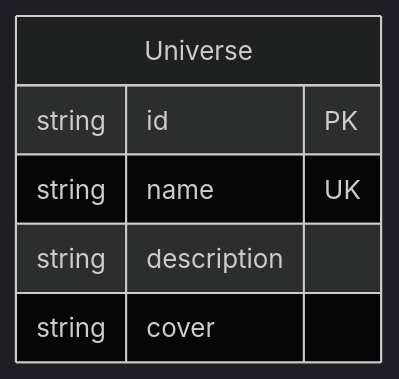
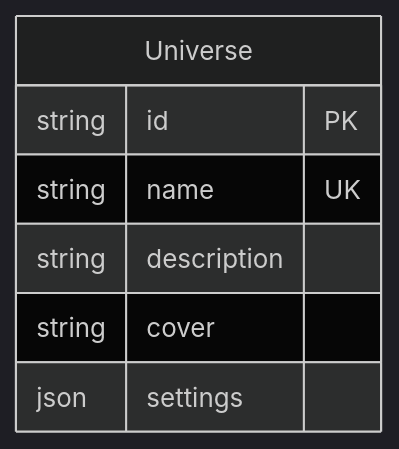
Before and after one commit to pslotinsky/decay-of-magic: the second of 2 diagrams in realms/universe/README.md, drawn with Mermaid (dark theme). The commit also changed other lines of this file and 16 other files, not shown here.

````diff
--- a/realms/universe/README.md
+++ b/realms/universe/README.md
@@ -63,9 +71,10 @@
 ```mermaid
 erDiagram
   Universe {
     string id PK
     string name UK
     string description
     string cover
+    json settings
   }
 ```
````
